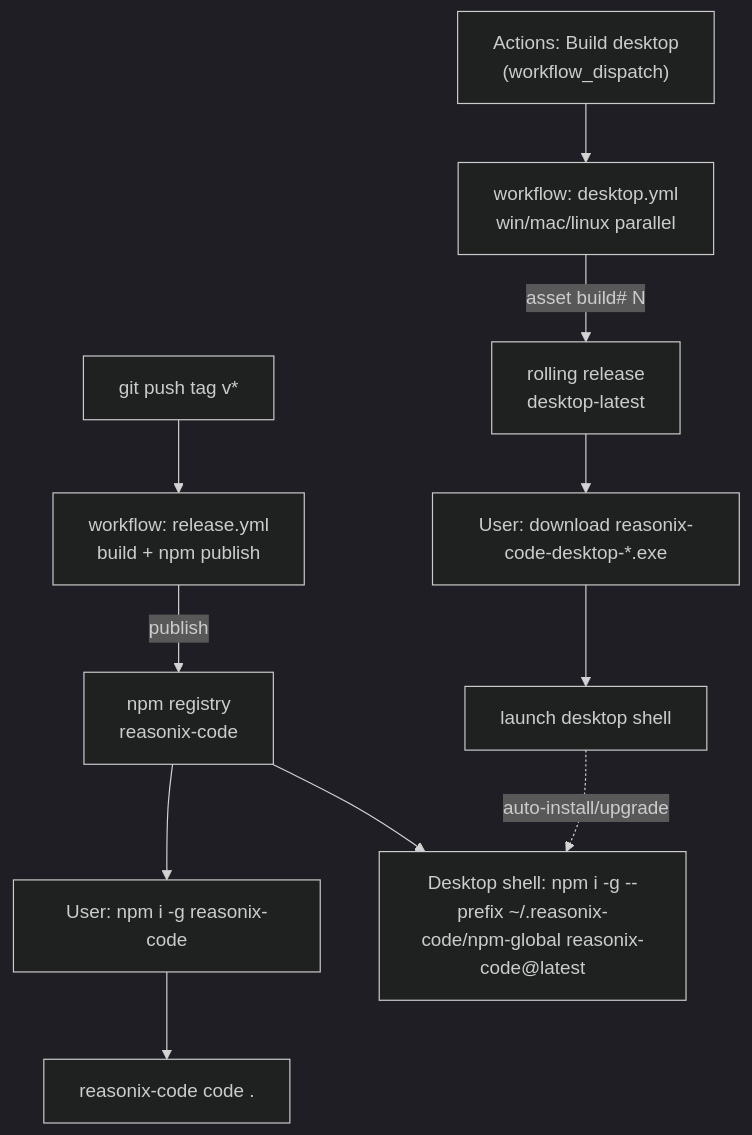
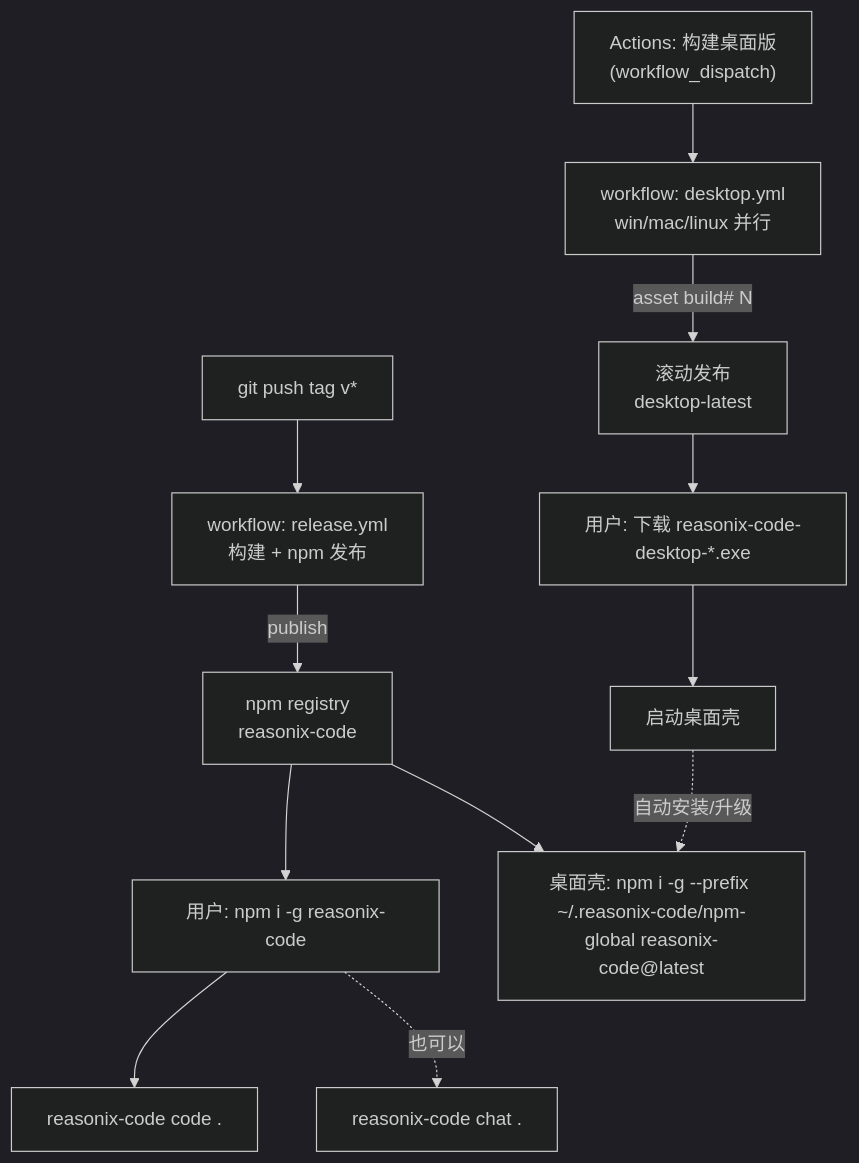
The second of 7 diagrams in docs/flow-overview.md (Zehee/Reasonix-Code), drawn with Mermaid (dark theme) before and after one commit. The commit also changed other lines of this file and 10 other files, not shown here.

````diff
--- a/docs/flow-overview.md
+++ b/docs/flow-overview.md
@@ -79,16 +73,18 @@
 ```mermaid
 flowchart TD
-    TAG["git push tag v*"] --> REL["workflow: release.yml<br/>build + npm publish"]
+    TAG["git push tag v*"] --> REL["workflow: release.yml<br/>构建 + npm 发布"]
     REL -->|publish| REG["npm registry<br/>reasonix-code"]
 
-    MANUAL["Actions: Build desktop<br/>(workflow_dispatch)"] --> DWF["workflow: desktop.yml<br/>win/mac/linux parallel"]
-    DWF -->|asset build# N| DREL["rolling release<br/>desktop-latest"]
+    MANUAL["Actions: 构建桌面版<br/>(workflow_dispatch)"] --> DWF["workflow: desktop.yml<br/>win/mac/linux 并行"]
+    DWF -->|asset build# N| DREL["滚动发布<br/>desktop-latest"]
 
-    REG --> CLI1["User: npm i -g reasonix-code"]
-    REG --> CLI2["Desktop shell: npm i -g --prefix ~/.reasonix-code/npm-global reasonix-code@latest"]
-    DREL --> CLI3["User: download reasonix-code-desktop-*.exe"]
+    REG --> CLI1["用户: npm i -g reasonix-code"]
+    REG --> CLI2["桌面壳: npm i -g --prefix ~/.reasonix-code/npm-global reasonix-code@latest"]
+    DREL --> CLI3["用户: 下载 reasonix-code-desktop-*.exe"]
 
     CLI1 --> RUN1["reasonix-code code ."]
-    CLI3 --> RUN2["launch desktop shell"]
-    RUN2 -. auto-install/upgrade .-> CLI2
+    CLI3 --> RUN2["启动桌面壳"]
+    RUN2 -. 自动安装/升级 .-> CLI2
+
+    CLI1 -. "也可以" .-> RUN3["reasonix-code chat ."]
 ```
````
